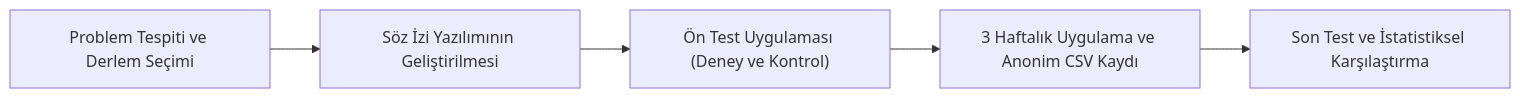
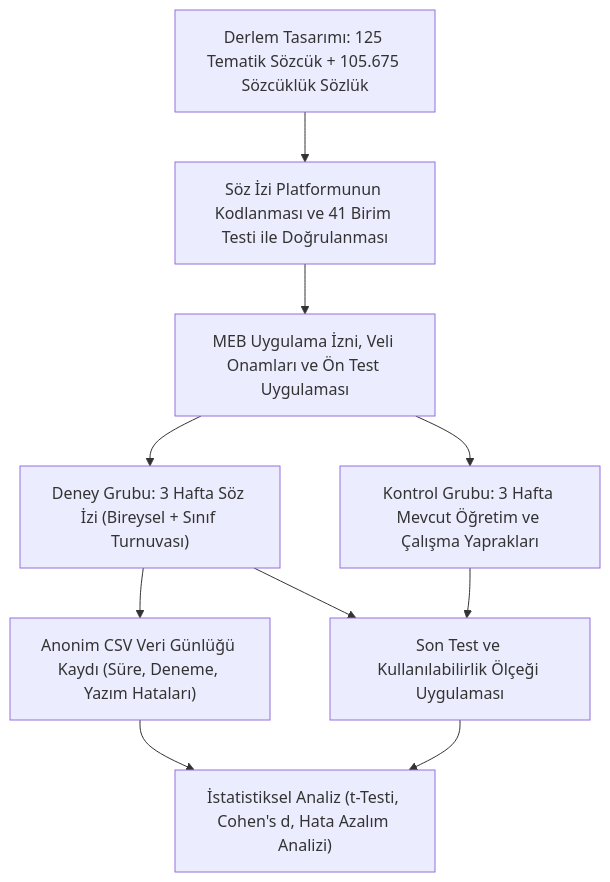
Before and after one commit to hakanatas/soz-izi: the first of 3 diagrams in docs/TUBITAK_2204A_Rapor_Taslagi.md, drawn with Mermaid. The commit also changed other lines of this file and 1 other file, not shown here.

````diff
--- a/docs/TUBITAK_2204A_Rapor_Taslagi.md
+++ b/docs/TUBITAK_2204A_Rapor_Taslagi.md
@@ -61,7 +122,12 @@
 ```mermaid
-flowchart LR
-    A["Problem Tespiti ve Derlem Seçimi"] --> B["Söz İzi Yazılımının Geliştirilmesi"]
-    B --> C["Ön Test Uygulaması (Deney ve Kontrol)"]
-    C --> D["3 Haftalık Uygulama ve Anonim CSV Kaydı"]
-    D --> E["Son Test ve İstatistiksel Karşılaştırma"]
+flowchart TD
+    A["Derlem Tasarımı: 125 Tematik Sözcük + 105.675 Sözcüklük Sözlük"] --> B["Söz İzi Platformunun Kodlanması ve 41 Birim Testi ile Doğrulanması"]
+    B --> C["MEB Uygulama İzni, Veli Onamları ve Ön Test Uygulaması"]
+    C --> D1["Deney Grubu: 3 Hafta Söz İzi (Bireysel + Sınıf Turnuvası)"]
+    C --> D2["Kontrol Grubu: 3 Hafta Mevcut Öğretim ve Çalışma Yaprakları"]
+    D1 --> E["Anonim CSV Veri Günlüğü Kaydı (Süre, Deneme, Yazım Hataları)"]
+    D1 --> F["Son Test ve Kullanılabilirlik Ölçeği Uygulaması"]
+    D2 --> F
+    E --> G["İstatistiksel Analiz (t-Testi, Cohen's d, Hata Azalım Analizi)"]
+    F --> G
 ```
````
